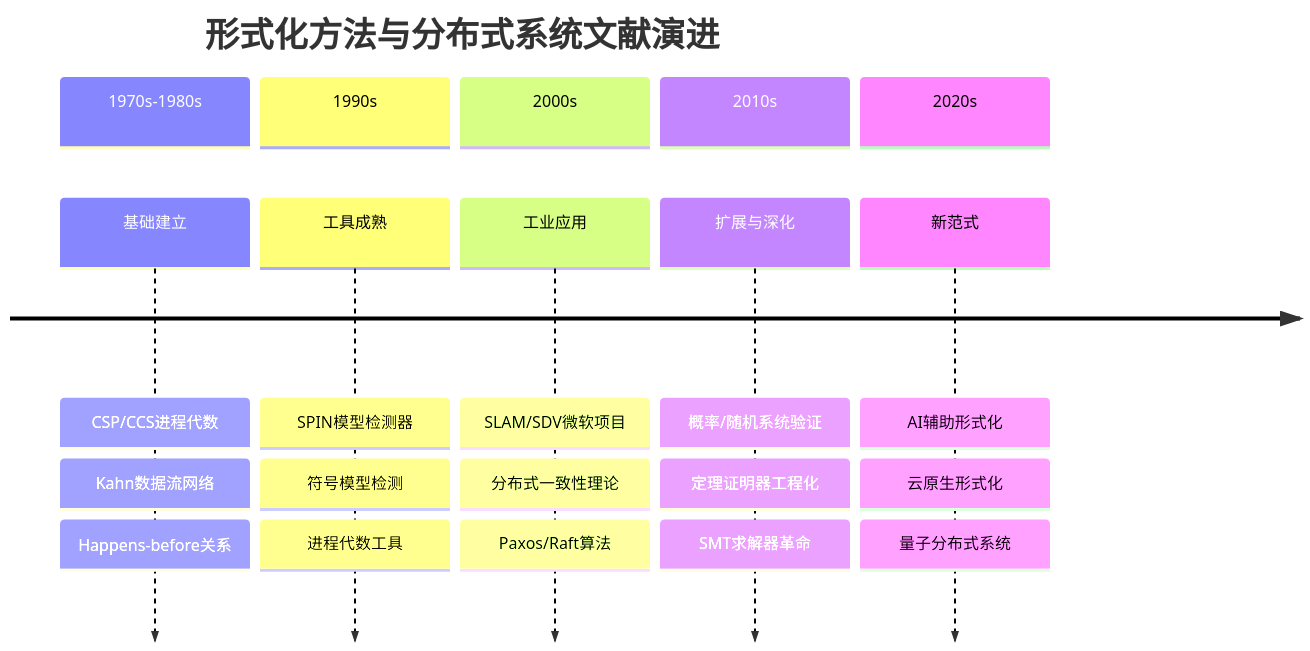
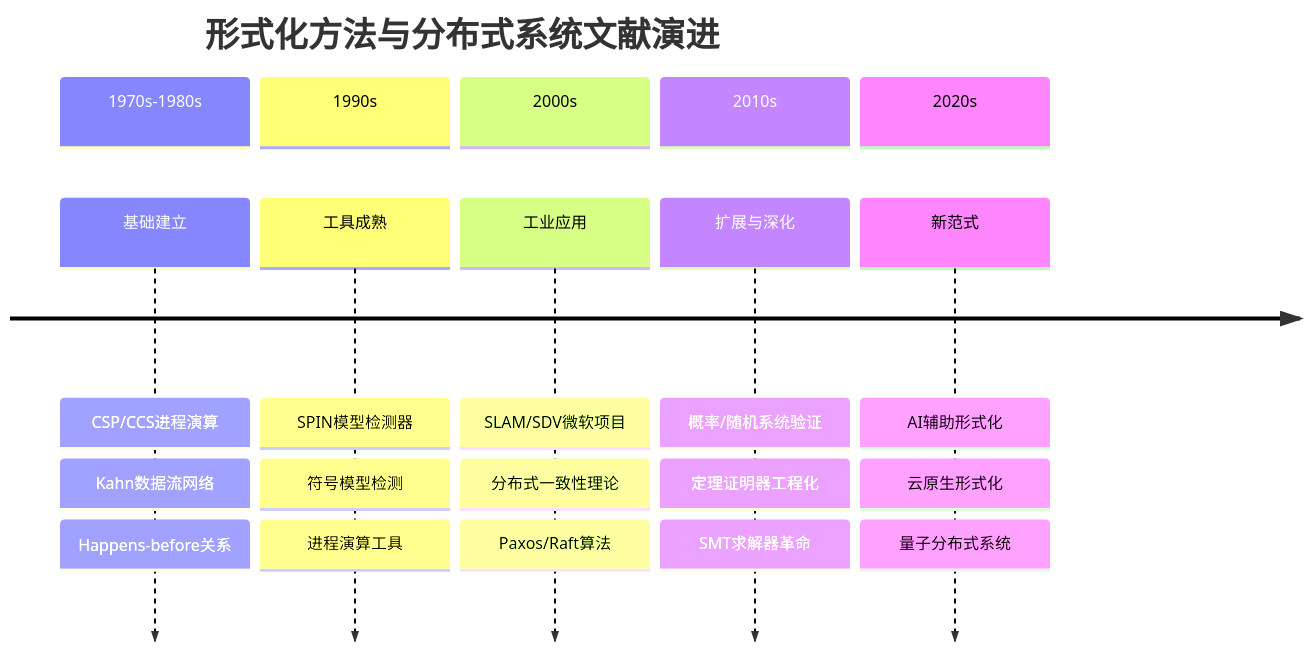
The third of 3 diagrams in formal-methods/99-references/bibliography.md (AdaMartin18010/AnalysisDataFlow), drawn with Mermaid before and after one commit. The commit also changed other lines of this file and 129 other files, not shown here.

````diff
--- a/formal-methods/99-references/bibliography.md
+++ b/formal-methods/99-references/bibliography.md
@@ -411,24 +411,24 @@
 ```mermaid
 timeline
     title 形式化方法与分布式系统文献演进
     section 1970s-1980s
-        基础建立 : CSP/CCS进程代数
+        基础建立 : CSP/CCS进程演算
                  : Kahn数据流网络
                  : Happens-before关系
     section 1990s
         工具成熟 : SPIN模型检测器
                  : 符号模型检测
-                 : 进程代数工具
+                 : 进程演算工具
     section 2000s
         工业应用 : SLAM/SDV微软项目
                  : 分布式一致性理论
                  : Paxos/Raft算法
     section 2010s
         扩展与深化 : 概率/随机系统验证
                    : 定理证明器工程化
                    : SMT求解器革命
     section 2020s
         新范式 : AI辅助形式化
                : 云原生形式化
                : 量子分布式系统
 ```
````
